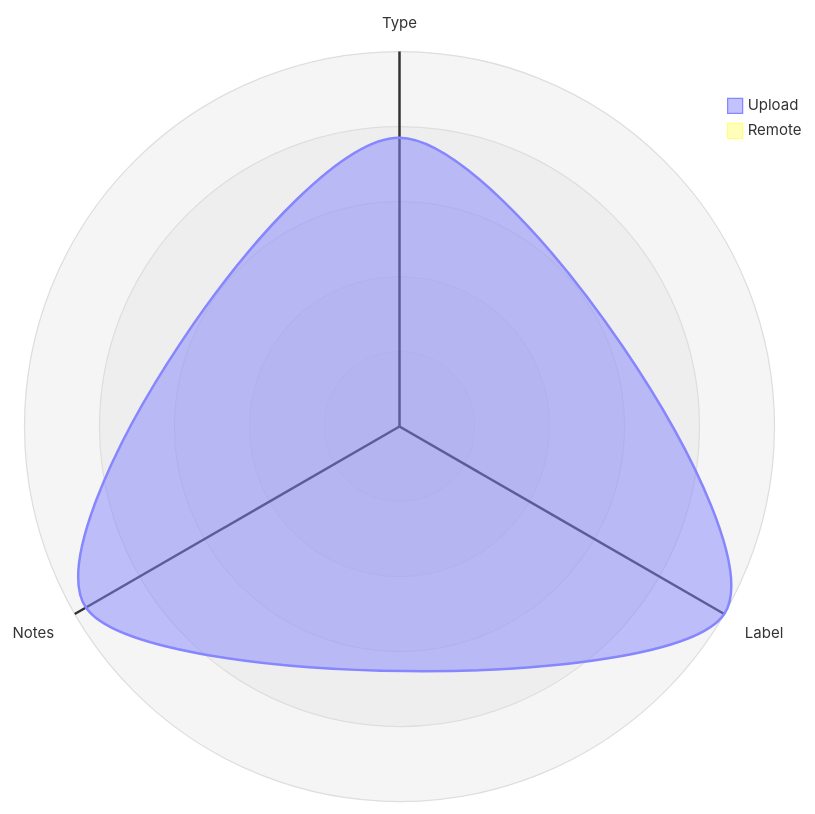
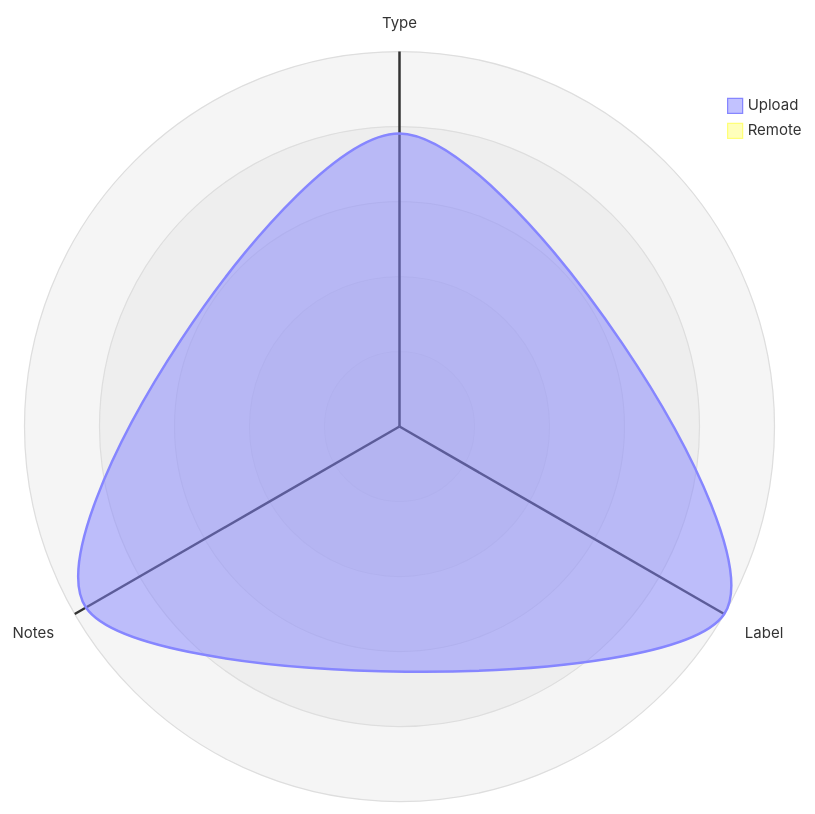
One commit to open-data/analytics-corporate-reporting changed the third of 5 diagrams in datastore_tracker/README.md. Above: the diagram before and after it, drawn with Mermaid. The commit also changed 7 other files, not shown here.

````diff
--- a/datastore_tracker/README.md
+++ b/datastore_tracker/README.md
@@ -104,12 +104,12 @@
 ```mermaid
 radar-beta
   axis T["Type"], L["Label"], N["Notes"]
-  curve u["Upload"]{0.00067, 0.00087, 0.00084}
+  curve u["Upload"]{0.00068, 0.00087, 0.00084}
   curve r["Remote"]{0, 0, 0}
 
   showLegend true
 
   min 0
   graticule circle
   ticks 5
 ```
````
